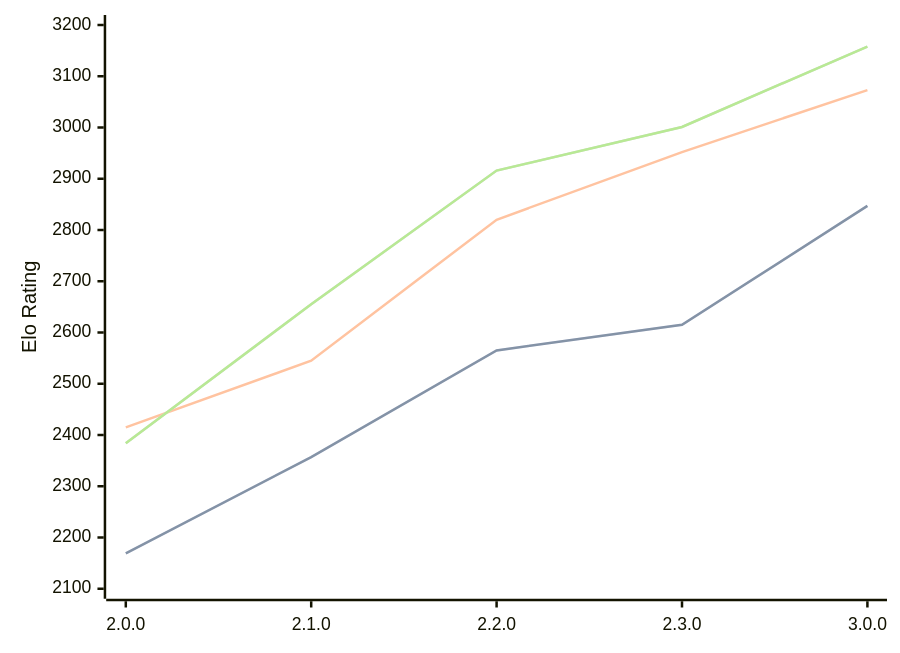
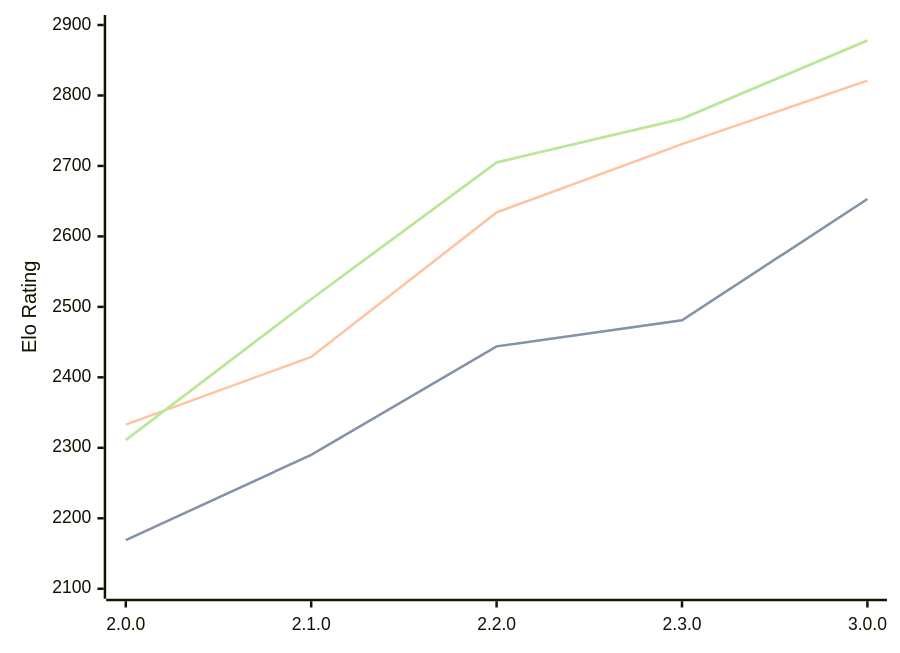
The diagram in engines/Raphael.md (computer-chess-index/cci), drawn with Mermaid before and after one commit. The commit also changed other lines of this file, not shown here.

Commit message:
Update CCI Ratings (ELO VLTC) - 2026-02-23

````diff
--- a/engines/Raphael.md
+++ b/engines/Raphael.md
@@ -44,11 +44,11 @@
 ```mermaid
 %%{init: {"theme":"base","themeVariables":{"seriesColors:['#a3a3a3','#222221','#faa371']}}}%%
 xychart-beta
   x-axis ["2.0.0", "2.1.0", "2.2.0", "2.3.0", "3.0.0"]
-  y-axis "Elo Rating" 2100 --> 3200
-  line "STC (8.0+0.08s)" [2169, 2357, 2565, 2615, 2847]
-  line "STC (8.0+0.08s)" [2169, 2357, 2565, 2615, 2847]
-  line "LTC (60.0+0.60s)" [2415, 2545, 2820, 2952, 3073]
-  line "VLTC (2m24s+1.12s)" [2384, 2655, 2916, 3001, 3158]
-  line "VLTC (2m24s+1.12s)" [2384, 2655, 2916, 3001, 3158]
+  y-axis "Elo Rating" 2100 --> 2900
+  line "STC (8.0+0.08s)" [2169, 2290, 2444, 2481, 2653]
+  line "STC (8.0+0.08s)" [2169, 2290, 2444, 2481, 2653]
+  line "LTC (60.0+0.60s)" [2333, 2429, 2634, 2731, 2821]
+  line "VLTC (2m24s+1.12s)" [2311, 2511, 2705, 2767, 2878]
+  line "VLTC (2m24s+1.12s)" [2311, 2511, 2705, 2767, 2878]
 ```
````
